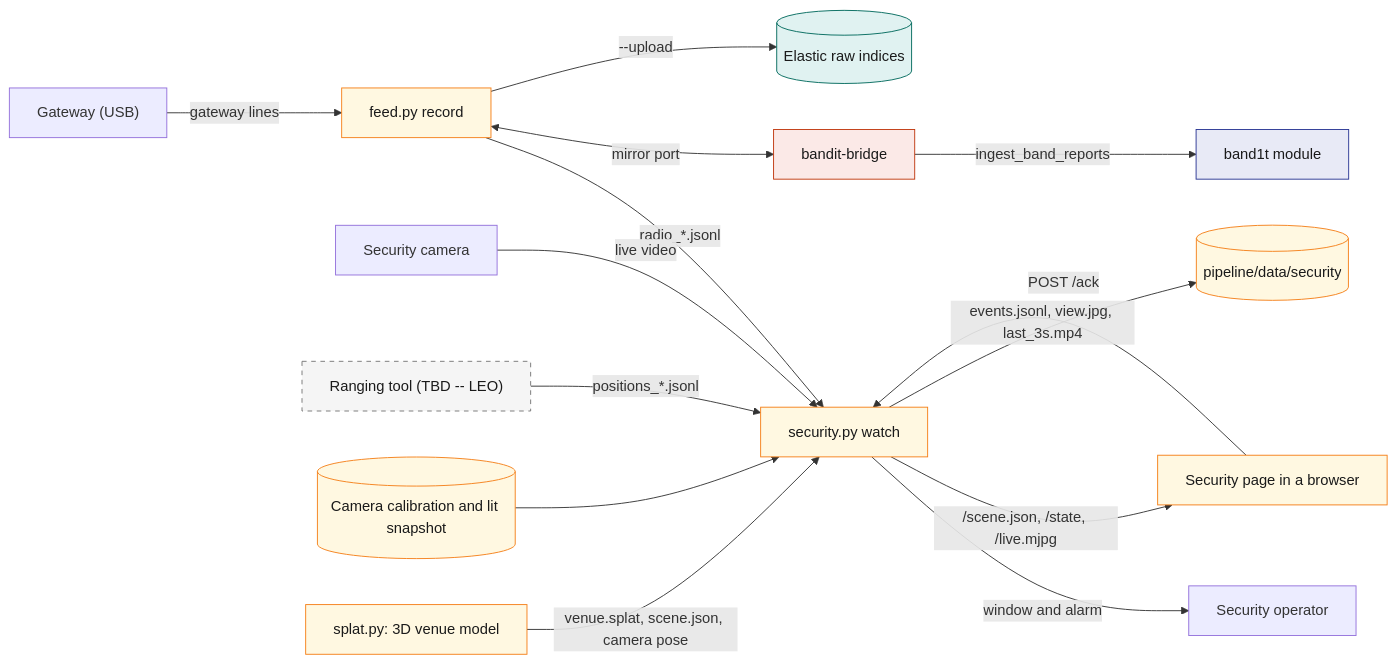
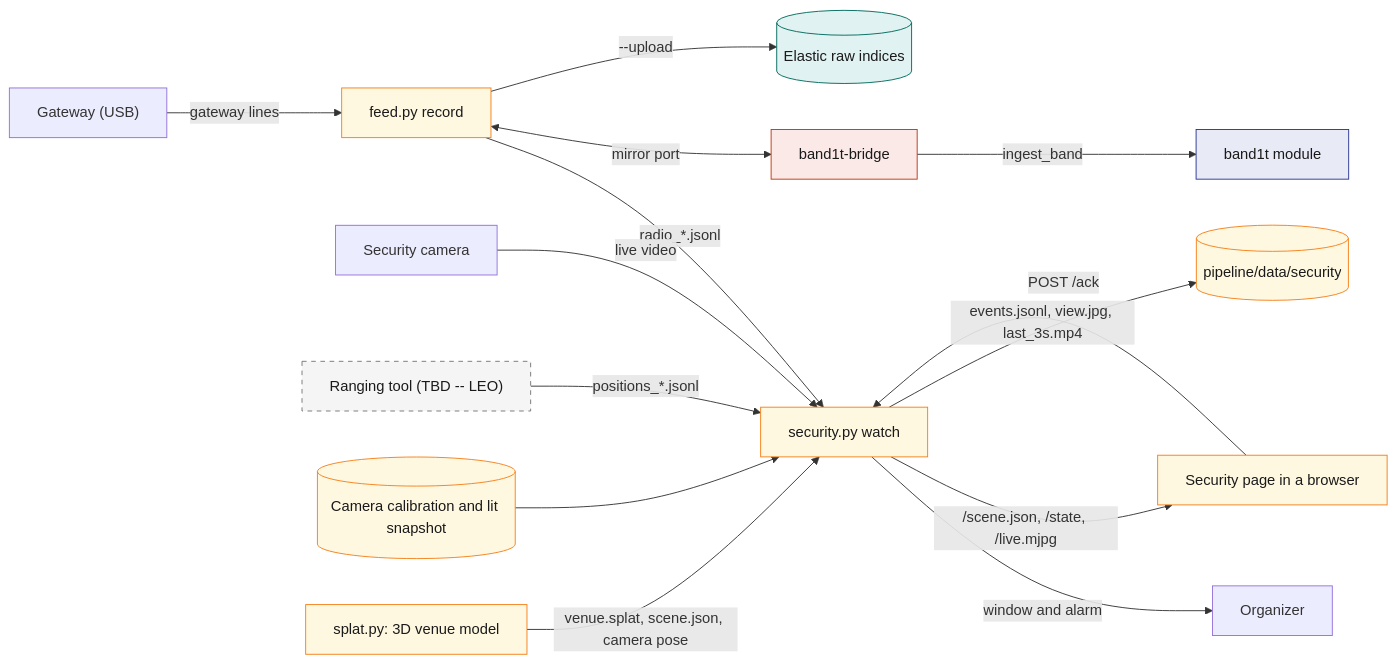
The first of 3 diagrams in System Design/4-devices/Vision.md (viktorinkov/cal-hacks-13), drawn with Mermaid before and after one commit. The commit also changed other lines of this file and 26 other files, not shown here.

````diff
--- a/System Design/4-devices/Vision.md
+++ b/System Design/4-devices/Vision.md
@@ -75,26 +82,26 @@
 ```mermaid
 flowchart LR
     GW["Gateway (USB)"] -->|"gateway lines"| REC["feed.py record"]
     REC -->|"radio_*.jsonl"| SEC["security.py watch"]
-    REC <-->|"mirror port"| BR["bandit-bridge"]
-    BR -->|"ingest_band_reports"| MOD["band1t module"]
+    REC <-->|"mirror port"| BR["band1t-bridge"]
+    BR -->|"ingest_band"| MOD["band1t module"]
     CAM["Security camera"] -->|"live video"| SEC
     RNG["Ranging tool (TBD -- LEO)"] -->|"positions_*.jsonl"| SEC
     CAL[("Camera calibration and lit snapshot")] --> SEC
     SPL["splat.py: 3D venue model"] -->|"venue.splat, scene.json, camera pose"| SEC
-    SEC -->|"window and alarm"| OPR["Security operator"]
+    SEC -->|"window and alarm"| OPR["Organizer"]
     SEC -->|"/scene.json, /state, /live.mjpg"| PAGE["Security page in a browser"]
     PAGE -->|"POST /ack"| SEC
     SEC -->|"events.jsonl, view.jpg, last_3s.mp4"| LOG[("pipeline/data/security")]
     REC -->|"--upload"| ES[("Elastic raw indices")]
     classDef tbd fill:#F5F5F5,stroke:#757575,color:#1A1A1A,stroke-dasharray:5 5
     classDef leo fill:#FFF8E1,stroke:#F57F17,color:#1A1A1A
     classDef stdb fill:#E8EAF6,stroke:#283593,color:#1A1A1A
     classDef rust fill:#FBE9E7,stroke:#BF360C,color:#1A1A1A
     classDef ext fill:#E0F2F1,stroke:#00695C,color:#1A1A1A
     class RNG tbd
     class REC,SEC,SPL,CAL,PAGE,LOG leo
     class MOD stdb
     class BR rust
     class ES ext
 ```
````
